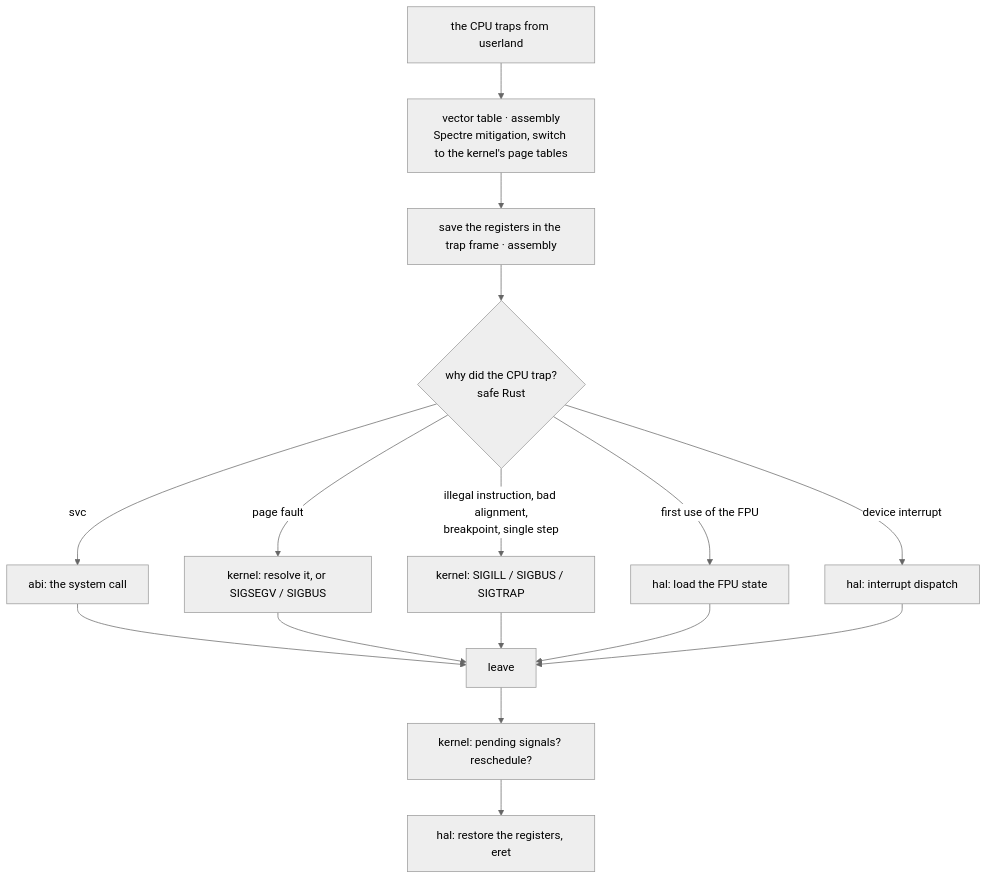
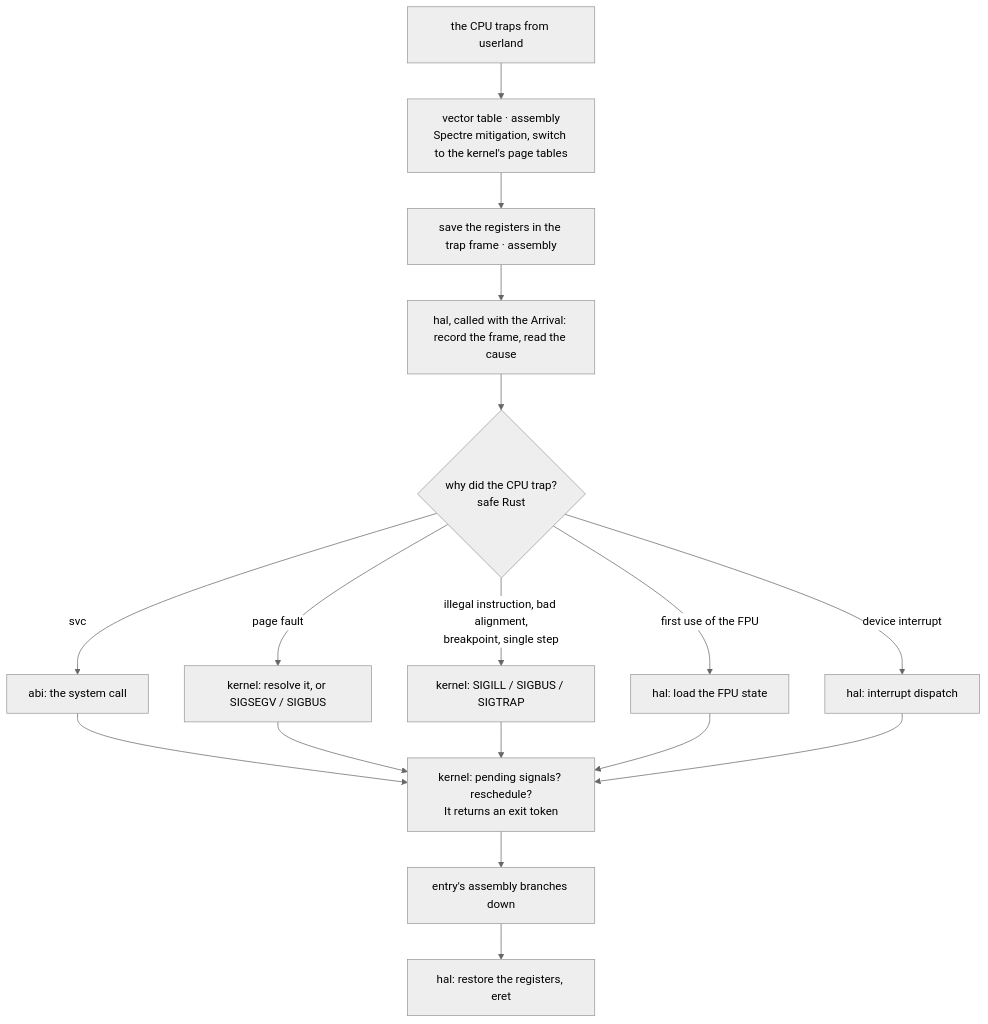
Before and after one commit to EmiBSD/Kernel: the third of 5 diagrams in docs/ENTRY.md, drawn with Mermaid (neutral theme). The commit also changed other lines of this file and 1 other file, not shown here.

First line of the commit message:
docs: ENTRY.md after the survey and the plan, the seven gaps

````diff
--- a/docs/ENTRY.md
+++ b/docs/ENTRY.md
@@ -87,18 +104,19 @@
 ```mermaid
 flowchart TB
     T["the CPU traps from userland"] --> V["vector table · assembly<br/>Spectre mitigation, switch to the kernel's page tables"]
     V --> S["save the registers in the trap frame · assembly"]
-    S --> D{"why did the CPU trap?<br/>safe Rust"}
+    S --> B["hal, called with the Arrival: record the frame, read the cause"]
+    B --> D{"why did the CPU trap?<br/>safe Rust"}
     D -->|"svc"| A["abi: the system call"]
     D -->|"page fault"| F["kernel: resolve it, or SIGSEGV / SIGBUS"]
     D -->|"illegal instruction, bad alignment,<br/>breakpoint, single step"| G["kernel: SIGILL / SIGBUS / SIGTRAP"]
     D -->|"first use of the FPU"| P["hal: load the FPU state"]
     D -->|"device interrupt"| I["hal: interrupt dispatch"]
-    A --> L["leave"]
+    A --> L["kernel: pending signals? reschedule?<br/>It returns an exit token"]
     F --> L
     G --> L
     P --> L
     I --> L
-    L --> K2["kernel: pending signals? reschedule?"]
-    K2 --> H2["hal: restore the registers, eret"]
+    L --> X["entry's assembly branches down"]
+    X --> H2["hal: restore the registers, eret"]
 ```
````
